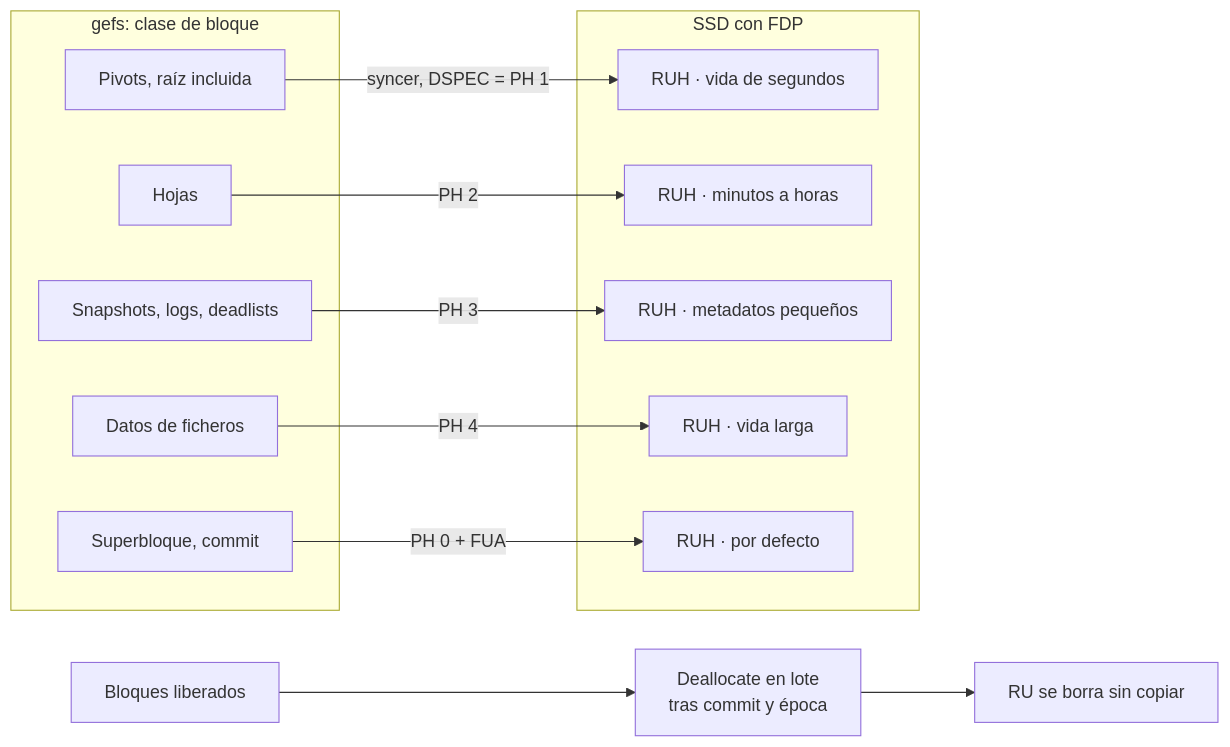
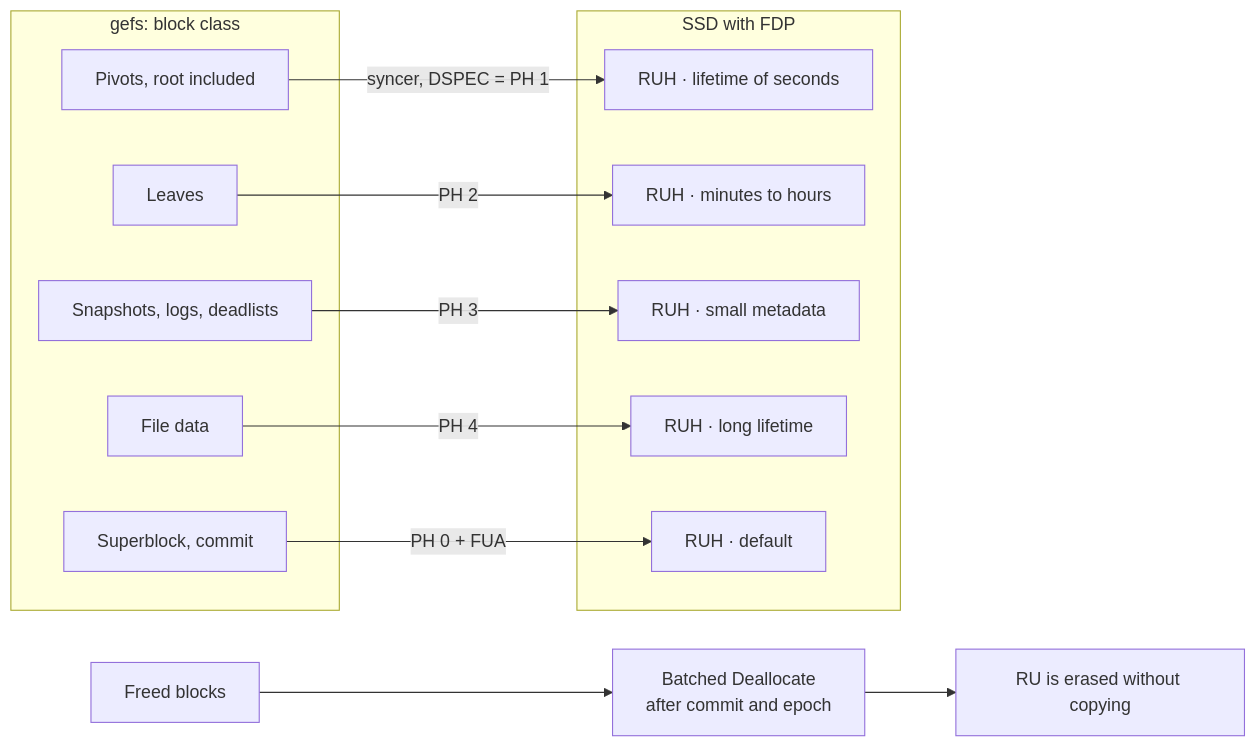
One commit to AbstractBike/SilvioMaciasSanchez changed the diagram in sistemas-de-ficheros/gefs-fdp.md. Above: the diagram before and after it, drawn with Mermaid. The commit also changed other lines of this file and 4 other files, not shown here.

````diff
--- a/sistemas-de-ficheros/gefs-fdp.md
+++ b/sistemas-de-ficheros/gefs-fdp.md
@@ -62,23 +62,23 @@
 ```mermaid
 flowchart LR
-  subgraph gefs["gefs: clase de bloque"]
-    P[Pivots, raíz incluida]
-    H[Hojas]
+  subgraph gefs["gefs: block class"]
+    P[Pivots, root included]
+    H[Leaves]
     M[Snapshots, logs, deadlists]
-    D[Datos de ficheros]
-    S[Superbloque, commit]
+    D[File data]
+    S[Superblock, commit]
   end
-  subgraph ssd["SSD con FDP"]
-    R1[RUH · vida de segundos]
-    R2[RUH · minutos a horas]
-    R3[RUH · metadatos pequeños]
-    R4[RUH · vida larga]
-    R0[RUH · por defecto]
+  subgraph ssd["SSD with FDP"]
+    R1[RUH · lifetime of seconds]
+    R2[RUH · minutes to hours]
+    R3[RUH · small metadata]
+    R4[RUH · long lifetime]
+    R0[RUH · default]
   end
   P -->|syncer, DSPEC = PH 1| R1
   H -->|PH 2| R2
   M -->|PH 3| R3
   D -->|PH 4| R4
   S -->|PH 0 + FUA| R0
-  F[Bloques liberados] --> DA["Deallocate en lote<br/>tras commit y época"] --> RU[RU se borra sin copiar]
+  F[Freed blocks] --> DA["Batched Deallocate<br/>after commit and epoch"] --> RU[RU is erased without copying]
 ```
````
